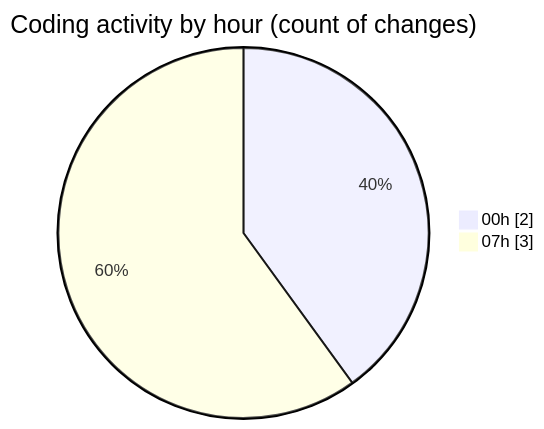
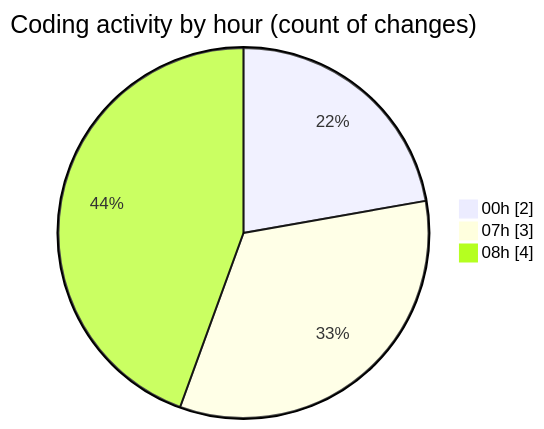
The second of 2 diagrams in 2025-02-10/maps_clone/README.md (donsfak/code-tracking), drawn with Mermaid before and after one commit. The commit also changed other lines of this file and 1 other file, not shown here.

````diff
--- a/2025-02-10/maps_clone/README.md
+++ b/2025-02-10/maps_clone/README.md
@@ -28,6 +31,7 @@
 ```mermaid
 pie showData
 title Coding activity by hour (count of changes)
 "00h" : 2
 "07h" : 3
+"08h" : 4
 ```
````
